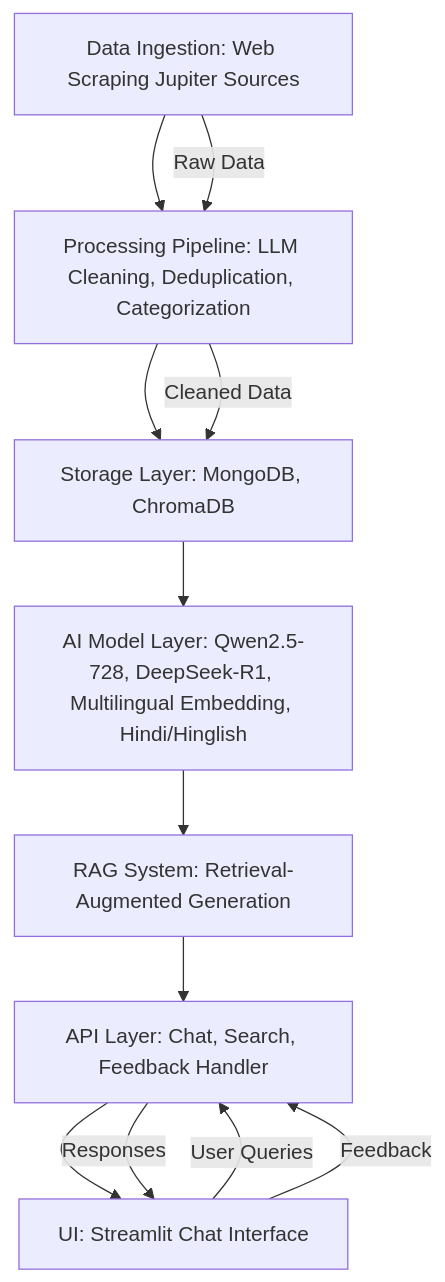
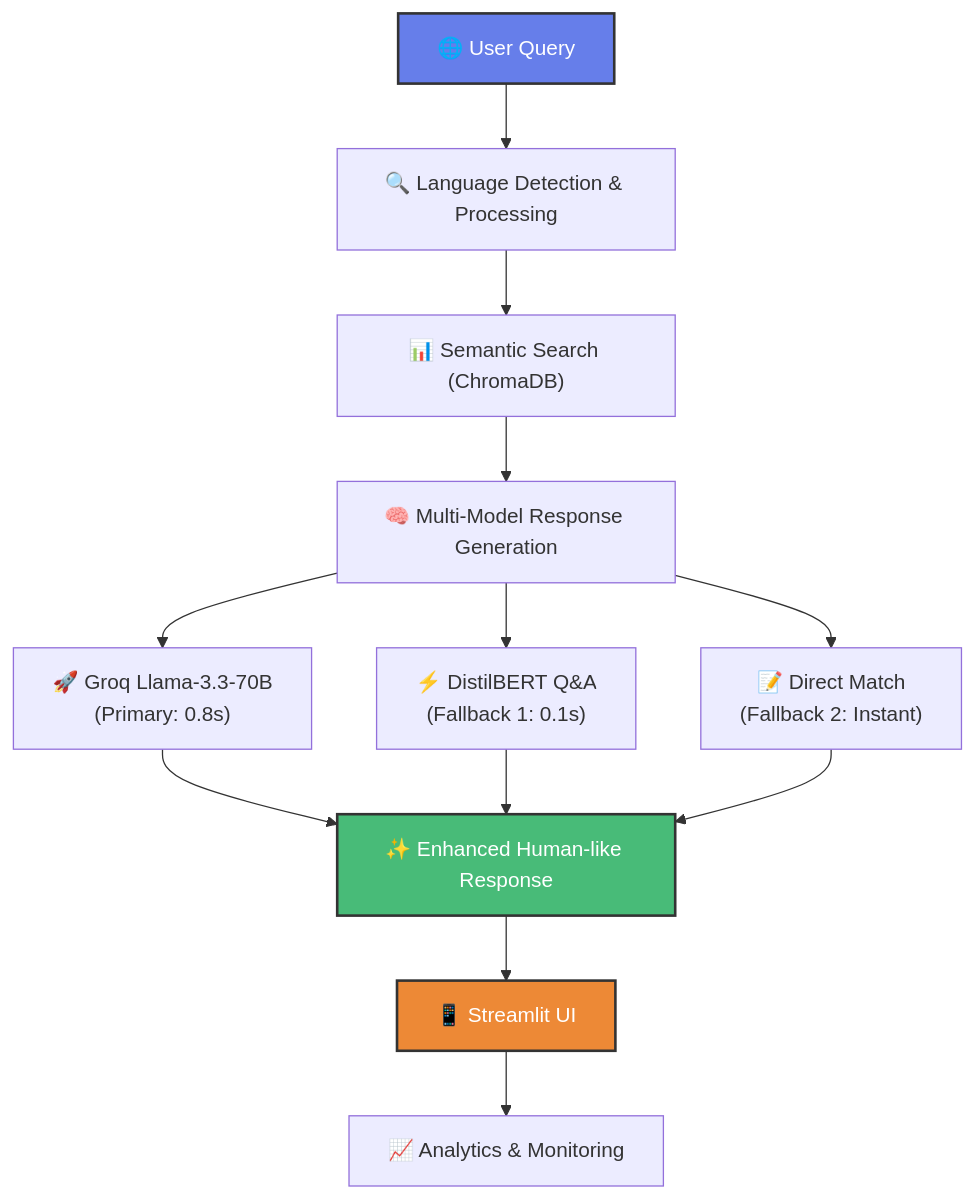
One commit to bhanmrinal/jupiter-ai-assistant changed the diagram in README.md. Above: the diagram before and after it, drawn with Mermaid. The commit also changed other lines of this file and 5 other files, not shown here.

````diff
--- a/README.md
+++ b/README.md
@@ -22,15 +37,21 @@
 ```mermaid
 flowchart TD
-    A["Data Ingestion: Web Scraping Jupiter Sources"] --> B["Processing Pipeline: LLM Cleaning, Deduplication, Categorization"]
-    B --> C["Storage Layer: MongoDB, ChromaDB"]
-    C --> D["AI Model Layer: Qwen2.5-728, DeepSeek-R1, Multilingual Embedding, Hindi/Hinglish"]
-    D --> E["RAG System: Retrieval-Augmented Generation"]
-    E --> F["API Layer: Chat, Search, Feedback Handler"]
-    F --> G["UI: Streamlit Chat Interface"]
-
-    G -->|User Queries| F
-    F -->|Responses| G
-    G -->|Feedback| F
-    A -->|Raw Data| B
-    B -->|Cleaned Data| C
+    A["🌐 User Query"] --> B["🔍 Language Detection & Processing"]
+    B --> C["📊 Semantic Search (ChromaDB)"]
+    C --> D["🧠 Multi-Model Response Generation"]
+    
+    D --> E1["🚀 Groq Llama-3.3-70B<br/>(Primary: 0.8s)"]
+    D --> E2["⚡ DistilBERT Q&A<br/>(Fallback 1: 0.1s)"]
+    D --> E3["📝 Direct Match<br/>(Fallback 2: Instant)"]
+    
+    E1 --> F["✨ Enhanced Human-like Response"]
+    E2 --> F
+    E3 --> F
+    
+    F --> G["📱 Streamlit UI"]
+    G --> H["📈 Analytics & Monitoring"]
+    
+    style A fill:#667eea,stroke:#333,stroke-width:2px,color:#fff
+    style F fill:#48bb78,stroke:#333,stroke-width:2px,color:#fff
+    style G fill:#ed8936,stroke:#333,stroke-width:2px,color:#fff
 ```
````
